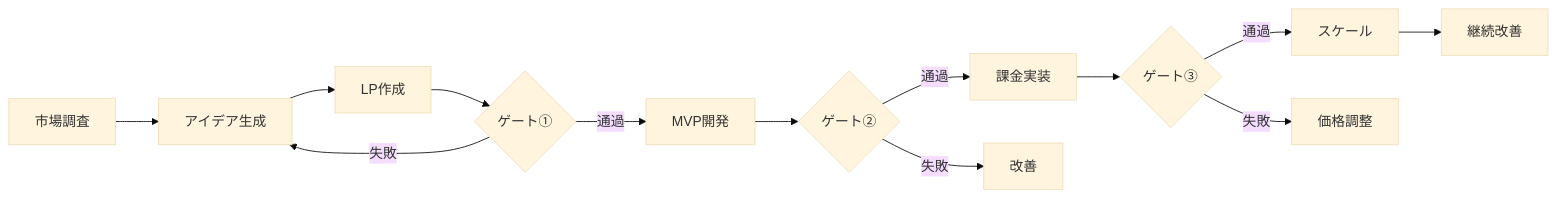
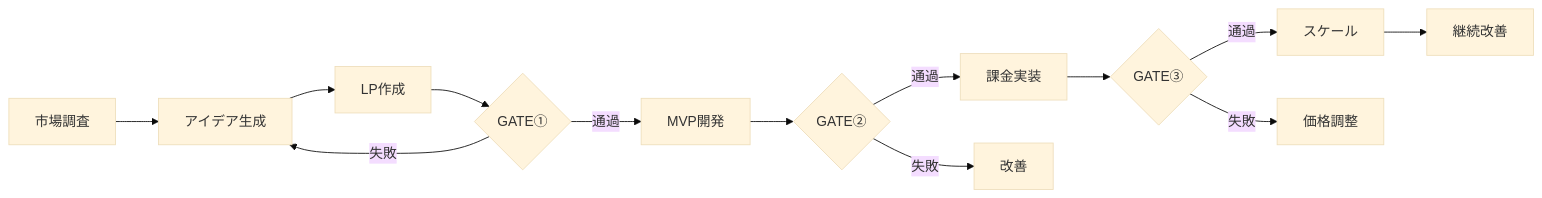
One commit to Unson-LLC/unson_os changed the diagram in docs/for-operators/service-generation/service-generation-pipeline.md. Above: the diagram before and after it, drawn with Mermaid (base theme). The commit also changed other lines of this file and 151 other files, not shown here.

````diff
--- a/docs/for-operators/service-generation/service-generation-pipeline.md
+++ b/docs/for-operators/service-generation/service-generation-pipeline.md
@@ -9,15 +9,15 @@
 ```mermaid
 graph LR
     A[市場調査] --> B[アイデア生成]
     B --> C[LP作成]
-    C --> D{ゲート①}
+    C --> D{GATE①}
     D -->|通過| E[MVP開発]
     D -->|失敗| B
-    E --> F{ゲート②}
+    E --> F{GATE②}
     F -->|通過| G[課金実装]
     F -->|失敗| E2[改善]
-    G --> H{ゲート③}
+    G --> H{GATE③}
     H -->|通過| I[スケール]
     H -->|失敗| G2[価格調整]
     I --> J[継続改善]
 ```
````
